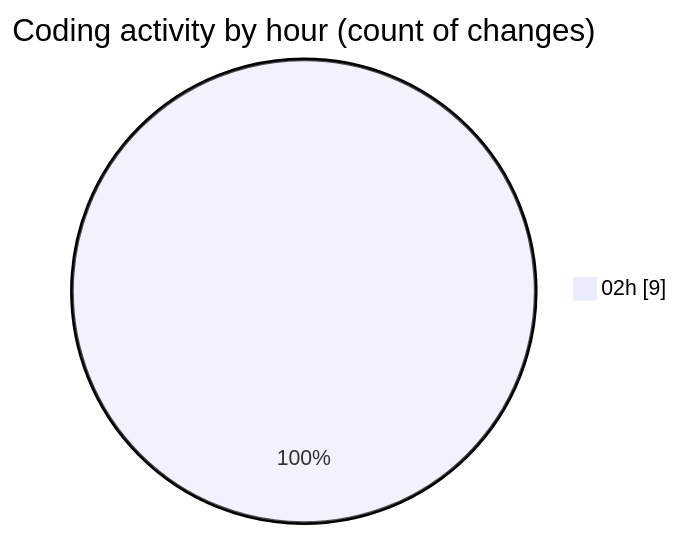
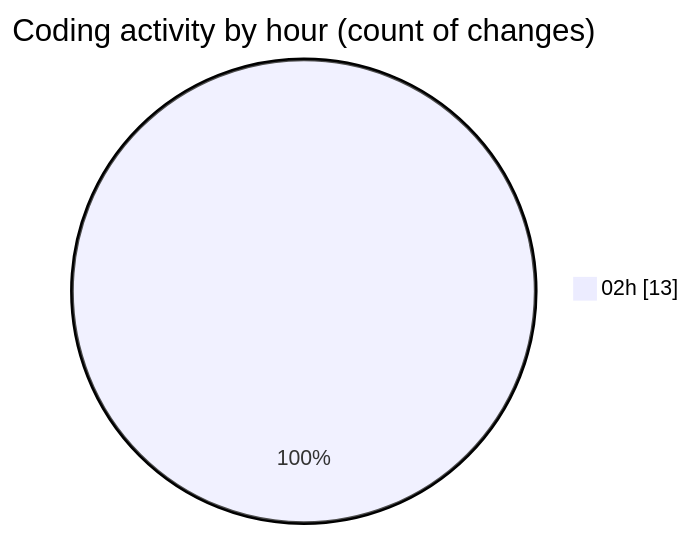
One commit to lephambinh05/code-tracking changed the second of 2 diagrams in 2025-07-12/shopaccv1/README.md. Above: the diagram before and after it, drawn with Mermaid. The commit also changed other lines of this file and 1 other file, not shown here.

````diff
--- a/2025-07-12/shopaccv1/README.md
+++ b/2025-07-12/shopaccv1/README.md
@@ -33,5 +37,5 @@
 ```mermaid
 pie showData
 title Coding activity by hour (count of changes)
-"02h" : 9
+"02h" : 13
 ```
````
